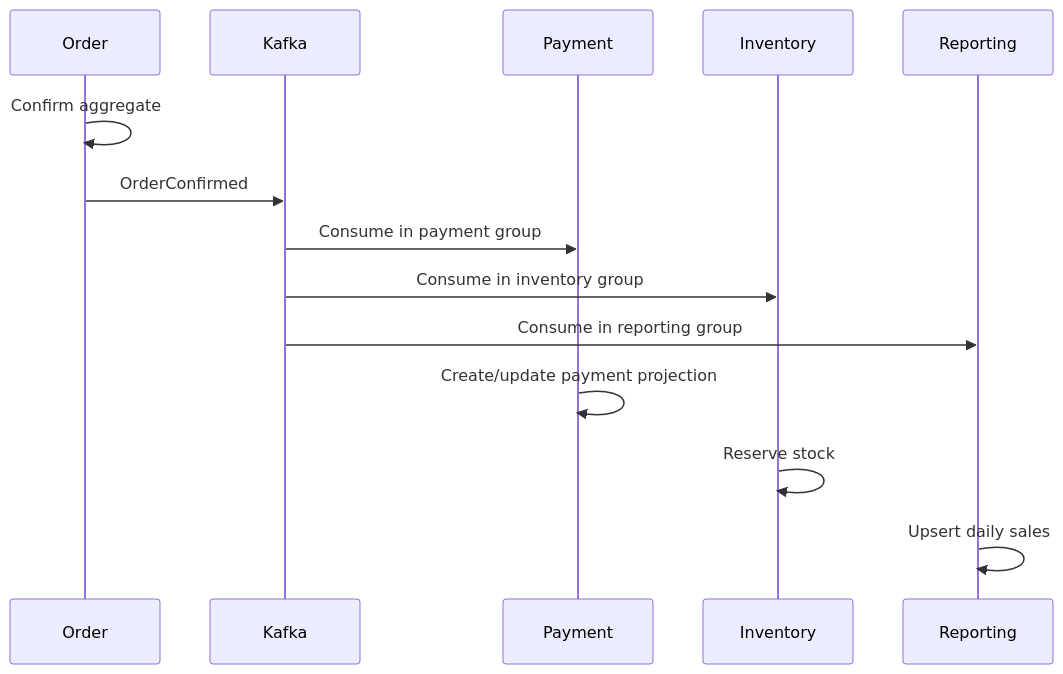
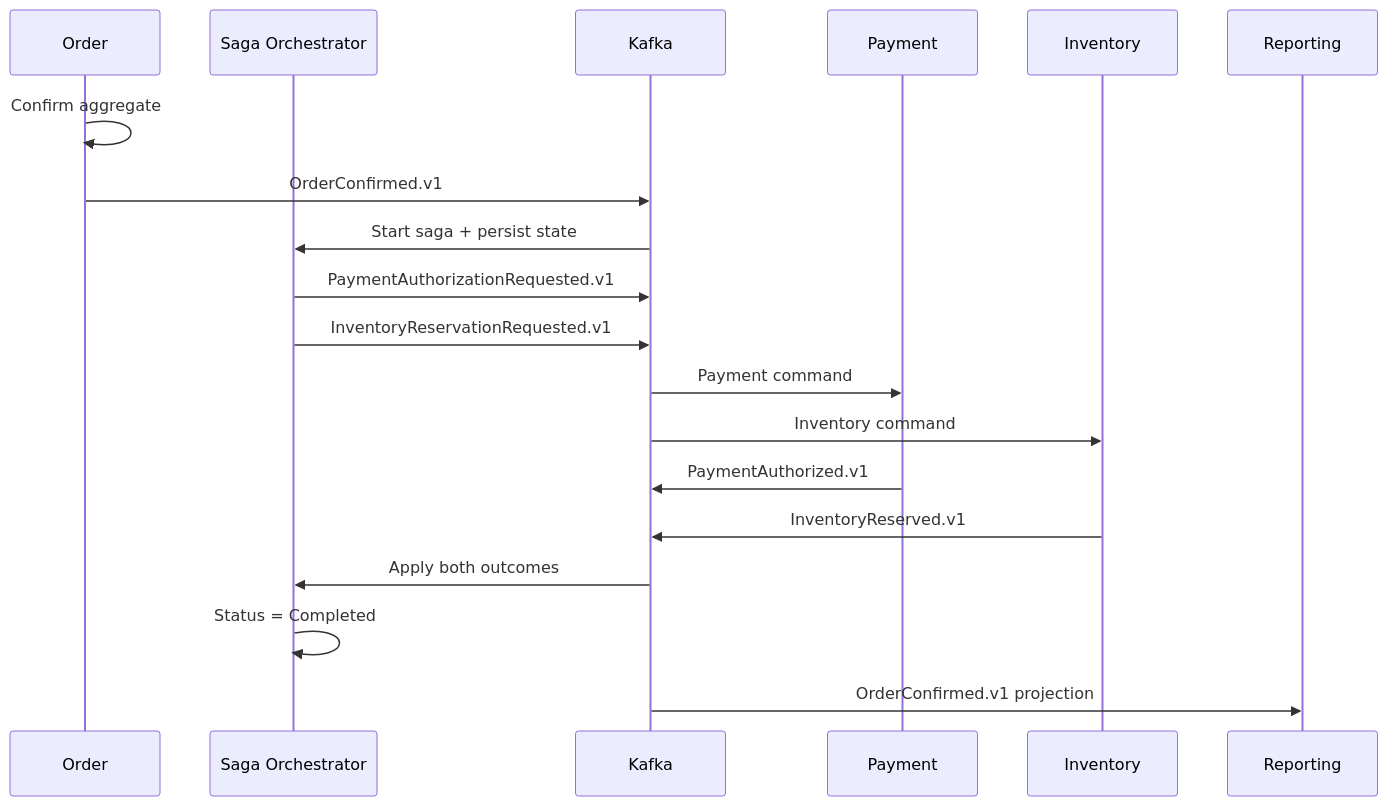
The second of 12 diagrams in docs/POS-ARCHITECTURE-LEARNING-GUIDE.md (caomihquan/POSCafe), drawn with Mermaid before and after one commit. The commit also changed other lines of this file and 35 other files, not shown here.

```diff
--- a/docs/POS-ARCHITECTURE-LEARNING-GUIDE.md
+++ b/docs/POS-ARCHITECTURE-LEARNING-GUIDE.md
@@ -774,17 +781,22 @@
 ~~~mermaid
 sequenceDiagram
     participant O as Order
+    participant S as Saga Orchestrator
     participant K as Kafka
     participant P as Payment
     participant I as Inventory
     participant R as Reporting
 
     O->>O: Confirm aggregate
-    O->>K: OrderConfirmed
-    K->>P: Consume in payment group
-    K->>I: Consume in inventory group
-    K->>R: Consume in reporting group
-    P->>P: Create/update payment projection
-    I->>I: Reserve stock
-    R->>R: Upsert daily sales
+    O->>K: OrderConfirmed.v1
+    K->>S: Start saga + persist state
+    S->>K: PaymentAuthorizationRequested.v1
+    S->>K: InventoryReservationRequested.v1
+    K->>P: Payment command
+    K->>I: Inventory command
+    P->>K: PaymentAuthorized.v1
+    I->>K: InventoryReserved.v1
+    K->>S: Apply both outcomes
+    S->>S: Status = Completed
+    K->>R: OrderConfirmed.v1 projection
 ~~~
```
